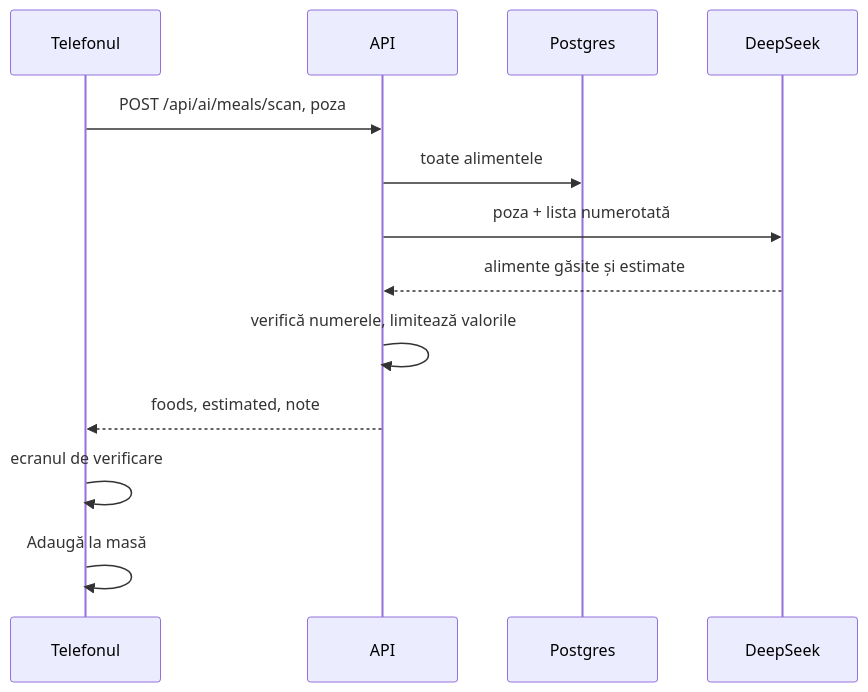
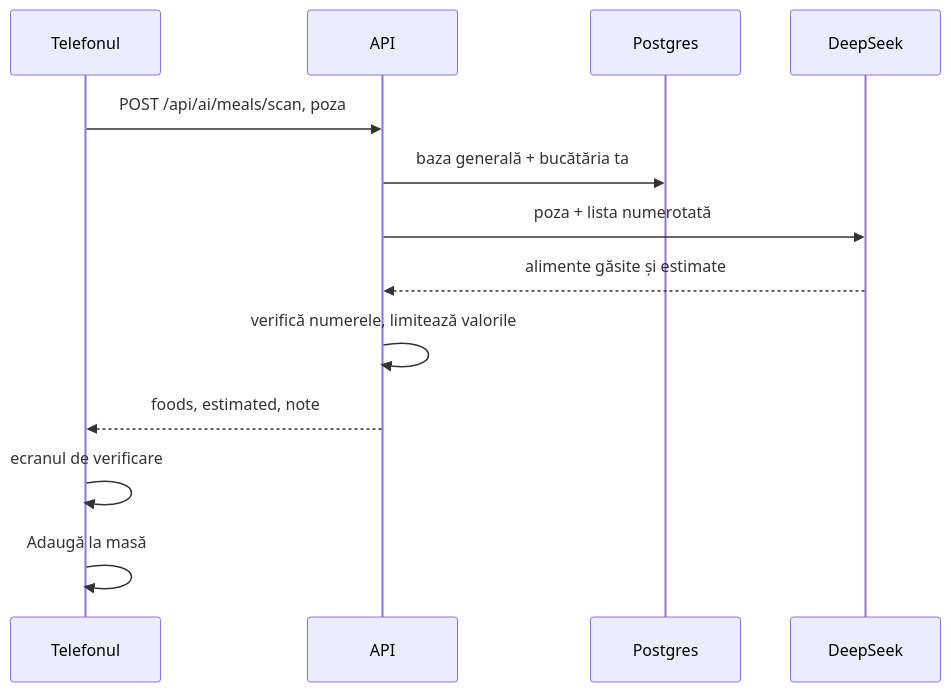
Before and after one commit to developedbyflow/macro-mate: the third of 3 diagrams in docs/ghid/06-alimente-scanare-ai.md, drawn with Mermaid. The commit also changed other lines of this file and 81 other files, not shown here.

````diff
--- a/docs/ghid/06-alimente-scanare-ai.md
+++ b/docs/ghid/06-alimente-scanare-ai.md
@@ -134,15 +135,15 @@
 ```mermaid
 sequenceDiagram
   participant T as Telefonul
   participant A as API
   participant P as Postgres
   participant D as DeepSeek
   T->>A: POST /api/ai/meals/scan, poza
-  A->>P: toate alimentele
+  A->>P: baza generală + bucătăria ta
   A->>D: poza + lista numerotată
   D-->>A: alimente găsite și estimate
   A->>A: verifică numerele, limitează valorile
   A-->>T: foods, estimated, note
   T->>T: ecranul de verificare
   T->>T: Adaugă la masă
 ```
````
